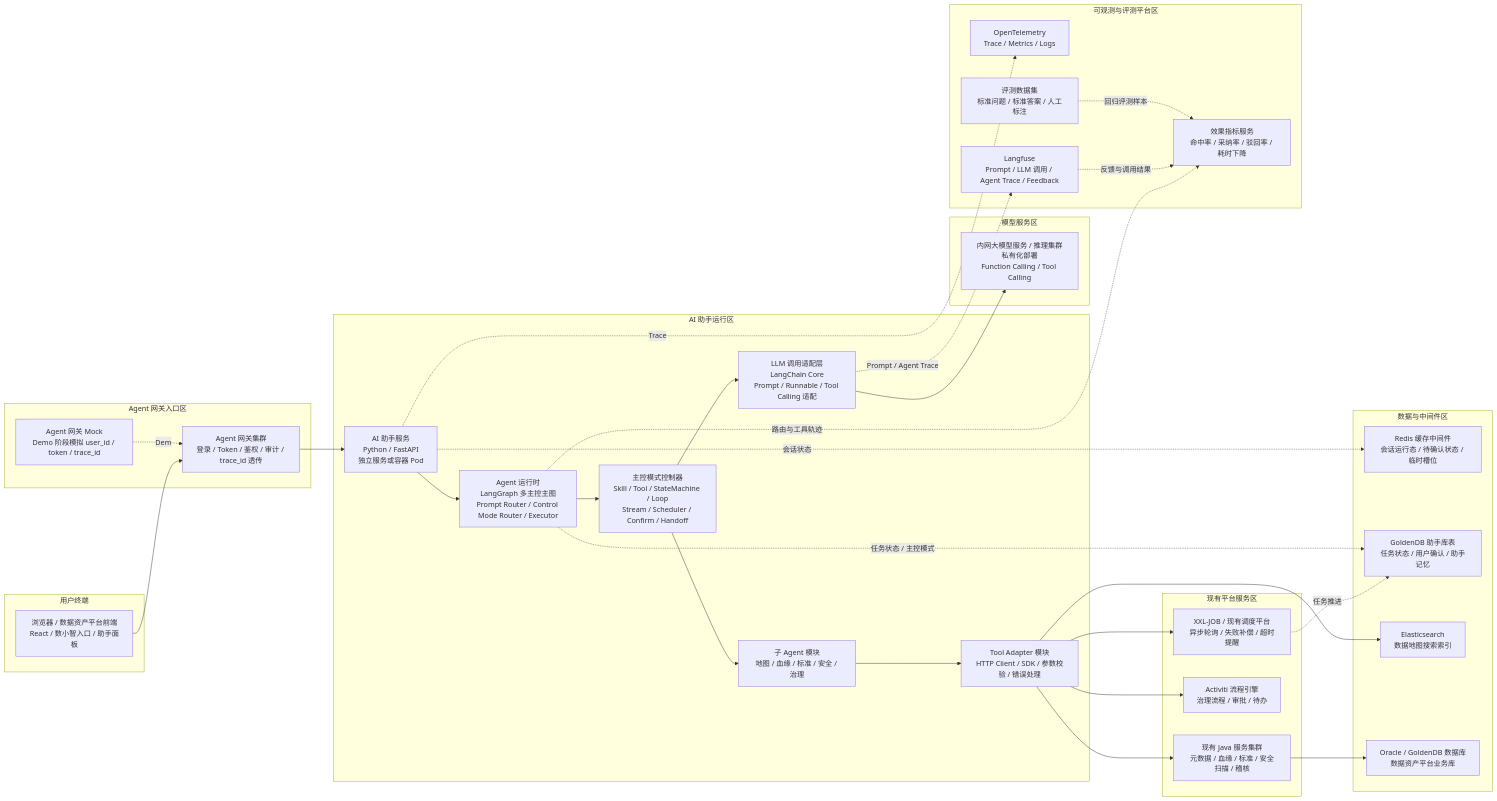
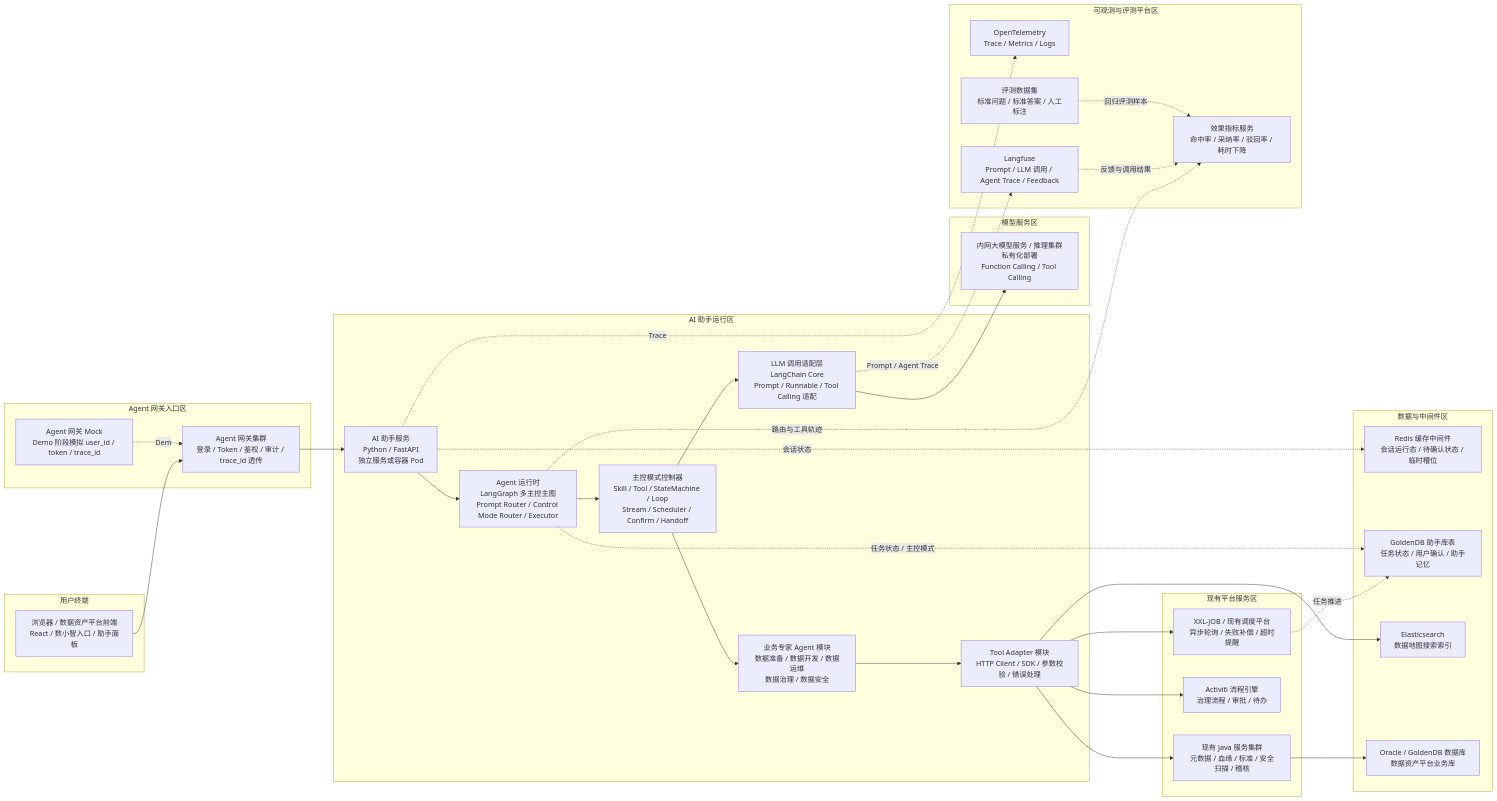
The first of 8 diagrams in 数据资产助手/06-架构设计/01-数据资产助手技术架构设计.md (ShaneLiu001/dataasset), drawn with Mermaid before and after one commit. The commit also changed other lines of this file and 23 other files, not shown here.

````diff
--- a/数据资产助手/06-架构设计/01-数据资产助手技术架构设计.md
+++ b/数据资产助手/06-架构设计/01-数据资产助手技术架构设计.md
@@ -22,68 +22,68 @@
 ```mermaid
 flowchart LR
   subgraph Client[用户终端]
     Web[浏览器 / 数据资产平台前端<br/>React / 数小智入口 / 助手面板]
   end
 
   subgraph PlatformEntry[Agent 网关入口区]
     Gateway[Agent 网关集群<br/>登录 / Token / 鉴权 / 审计 / trace_id 透传]
     GatewayMock[Agent 网关 Mock<br/>Demo 阶段模拟 user_id / token / trace_id]
   end
 
   subgraph AssistantRuntime[AI 助手运行区]
     FastAPI[AI 助手服务<br/>Python / FastAPI<br/>独立服务或容器 Pod]
     Graph[Agent 运行时<br/>LangGraph 多主控主图<br/>Prompt Router / Control Mode Router / Executor]
     Control[主控模式控制器<br/>Skill / Tool / StateMachine / Loop<br/>Stream / Scheduler / Confirm / Handoff]
     LC[LLM 调用适配层<br/>LangChain Core<br/>Prompt / Runnable / Tool Calling 适配]
-    Agents[子 Agent 模块<br/>地图 / 血缘 / 标准 / 安全 / 治理]
+    Agents[业务专家 Agent 模块<br/>数据准备 / 数据开发 / 数据运维<br/>数据治理 / 数据安全]
     Tool[Tool Adapter 模块<br/>HTTP Client / SDK / 参数校验 / 错误处理]
   end
 
   subgraph ModelZone[模型服务区]
     LLM[内网大模型服务 / 推理集群<br/>私有化部署<br/>Function Calling / Tool Calling]
   end
 
   subgraph ExistingServices[现有平台服务区]
     JavaAPI[现有 Java 服务集群<br/>元数据 / 血缘 / 标准 / 安全扫描 / 稽核]
     Activiti[Activiti 流程引擎<br/>治理流程 / 审批 / 待办]
     Scheduler[XXL-JOB / 现有调度平台<br/>异步轮询 / 失败补偿 / 超时提醒]
   end
 
   subgraph DataInfra[数据与中间件区]
     Redis[Redis 缓存中间件<br/>会话运行态 / 待确认状态 / 临时槽位]
     AssistantDB[GoldenDB 助手库表<br/>任务状态 / 用户确认 / 助手记忆]
     ES[Elasticsearch<br/>数据地图搜索索引]
     PlatformDB[Oracle / GoldenDB 数据库<br/>数据资产平台业务库]
   end
 
   subgraph Obs[可观测与评测平台区]
     OTel[OpenTelemetry<br/>Trace / Metrics / Logs]
     Langfuse[Langfuse<br/>Prompt / LLM 调用 / Agent Trace / Feedback]
     EvalSet[评测数据集<br/>标准问题 / 标准答案 / 人工标注]
     EvalMetric[效果指标服务<br/>命中率 / 采纳率 / 驳回率 / 耗时下降]
   end
 
   Web --> Gateway
   GatewayMock -.Demo.-> Gateway
   Gateway --> FastAPI
   FastAPI --> Graph
   Graph --> Control
   Control --> Agents
   Agents --> Tool
   Tool --> JavaAPI
   Control --> LC
   LC --> LLM
 
   Tool --> ES
   Tool --> Activiti
   Tool --> Scheduler
   JavaAPI --> PlatformDB
   Scheduler -.任务推进.-> AssistantDB
   FastAPI -.会话状态.-> Redis
   Graph -.任务状态 / 主控模式.-> AssistantDB
   FastAPI -.Trace.-> OTel
   LC -.Prompt / Agent Trace.-> Langfuse
   Graph -.路由与工具轨迹.-> EvalMetric
   Langfuse -.反馈与调用结果.-> EvalMetric
   EvalSet -.回归评测样本.-> EvalMetric
 ```
````
